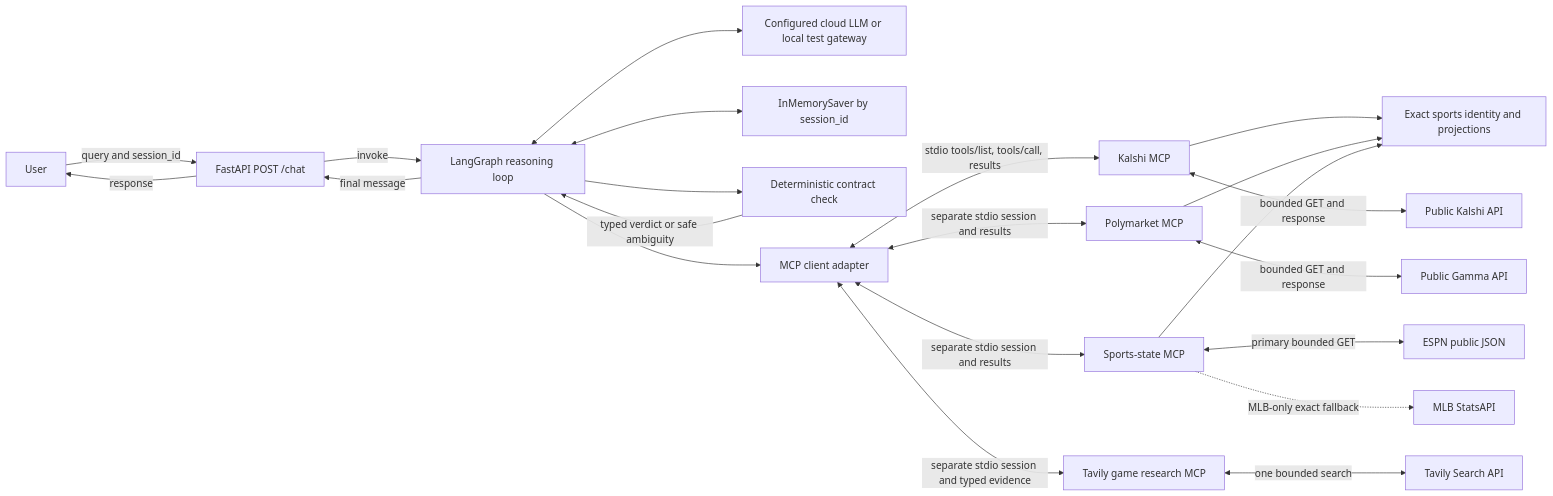
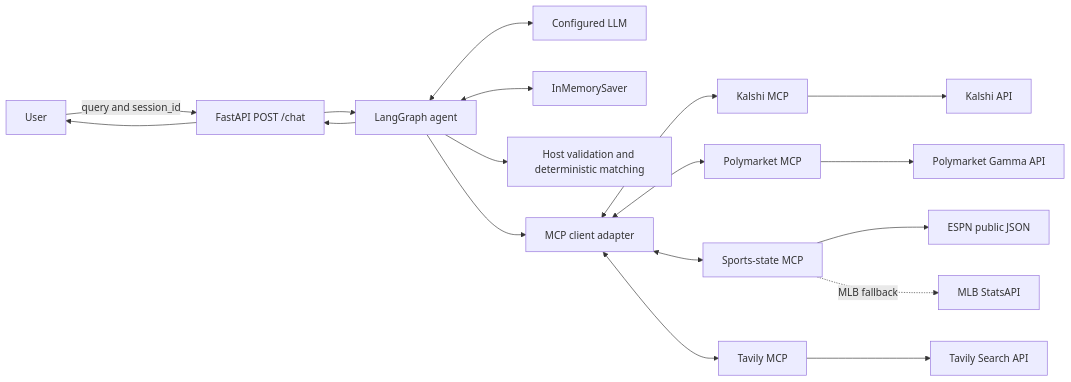
One commit to waderylan/prediction-market-agent changed the first of 3 diagrams in README.md. Above: the diagram before and after it, drawn with Mermaid. The commit also changed other lines of this file and 14 other files, not shown here.

````diff
--- a/README.md
+++ b/README.md
@@ -317,24 +201,20 @@
 ```mermaid
 flowchart LR
     U[User] -->|query and session_id| F[FastAPI POST /chat]
-    F -->|response| U
-    F -->|invoke| G[LangGraph reasoning loop]
-    G -->|final message| F
-    G <--> L[Configured cloud LLM or local test gateway]
-    G <--> M[InMemorySaver by session_id]
-    G --> C[Deterministic contract check]
-    C -->|typed verdict or safe ambiguity| G
+    F --> G[LangGraph agent]
+    G <--> L[Configured LLM]
+    G <--> M[InMemorySaver]
+    G --> V[Host validation and deterministic matching]
     G --> A[MCP client adapter]
-    A <-->|stdio tools/list, tools/call, results| K[Kalshi MCP]
-    A <-->|separate stdio session and results| P[Polymarket MCP]
-    A <-->|separate stdio session and results| SS[Sports-state MCP]
-    A <-->|separate stdio session and typed evidence| TV[Tavily game research MCP]
-    K --> S[Exact sports identity and projections]
-    P --> S
-    SS --> S
-    K <-->|bounded GET and response| KA[Public Kalshi API]
-    P <-->|bounded GET and response| PA[Public Gamma API]
-    SS <-->|primary bounded GET| ESPN[ESPN public JSON]
-    SS -.->|MLB-only exact fallback| MLB[MLB StatsAPI]
-    TV <-->|one bounded search| TA[Tavily Search API]
+    A <--> K[Kalshi MCP]
+    A <--> P[Polymarket MCP]
+    A <--> S[Sports-state MCP]
+    A <--> T[Tavily MCP]
+    K --> KA[Kalshi API]
+    P --> PA[Polymarket Gamma API]
+    S --> ESPN[ESPN public JSON]
+    S -. MLB fallback .-> MLB[MLB StatsAPI]
+    T --> TA[Tavily Search API]
+    G --> F
+    F --> U
 ```
````
